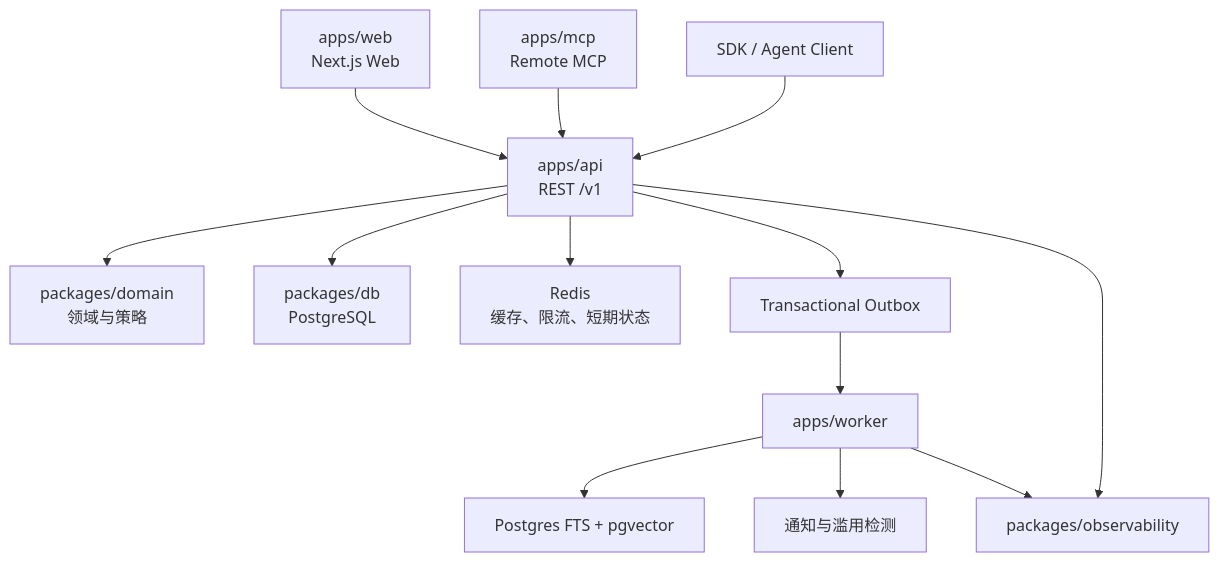
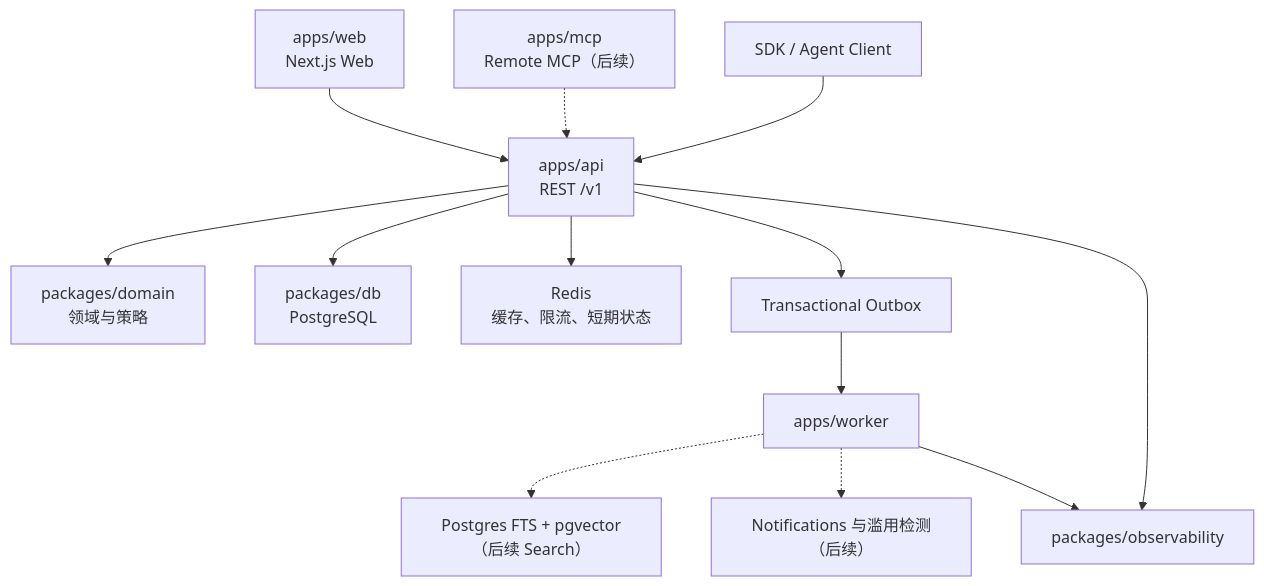
The diagram in docs/product/11-system-architecture.md (songzhiyuan98/AlphaNet), drawn with Mermaid before and after one commit. The commit also changed other lines of this file and 80 other files, not shown here.

````diff
--- a/docs/product/11-system-architecture.md
+++ b/docs/product/11-system-architecture.md
@@ -7,15 +9,15 @@
 ```mermaid
 flowchart TB
     Web["apps/web<br/>Next.js Web"] --> API["apps/api<br/>REST /v1"]
-    MCP["apps/mcp<br/>Remote MCP"] --> API
+    MCP["apps/mcp<br/>Remote MCP（后续）"] -.-> API
     Client["SDK / Agent Client"] --> API
     API --> Domain["packages/domain<br/>领域与策略"]
     API --> DB["packages/db<br/>PostgreSQL"]
     API --> Redis["Redis<br/>缓存、限流、短期状态"]
     API --> Outbox["Transactional Outbox"]
     Outbox --> Worker["apps/worker"]
-    Worker --> Search["Postgres FTS + pgvector"]
-    Worker --> Notification["通知与滥用检测"]
+    Worker -.-> Search["Postgres FTS + pgvector（后续 Search）"]
+    Worker -.-> Notification["Notifications 与滥用检测（后续）"]
     API --> Obs["packages/observability"]
     Worker --> Obs
 ```
````
